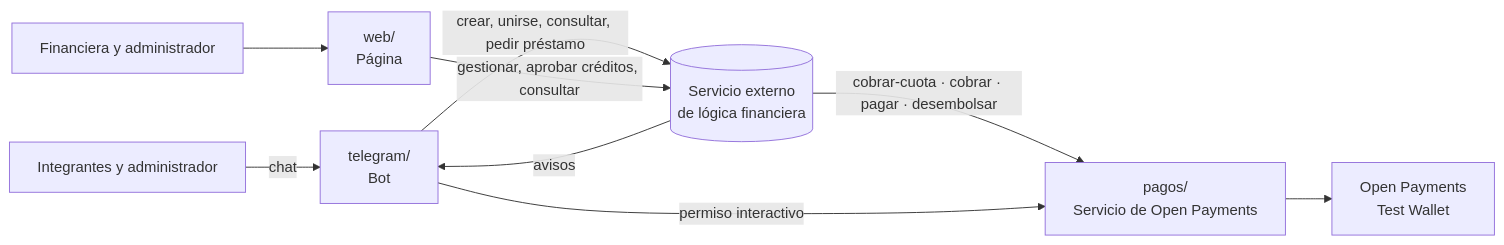
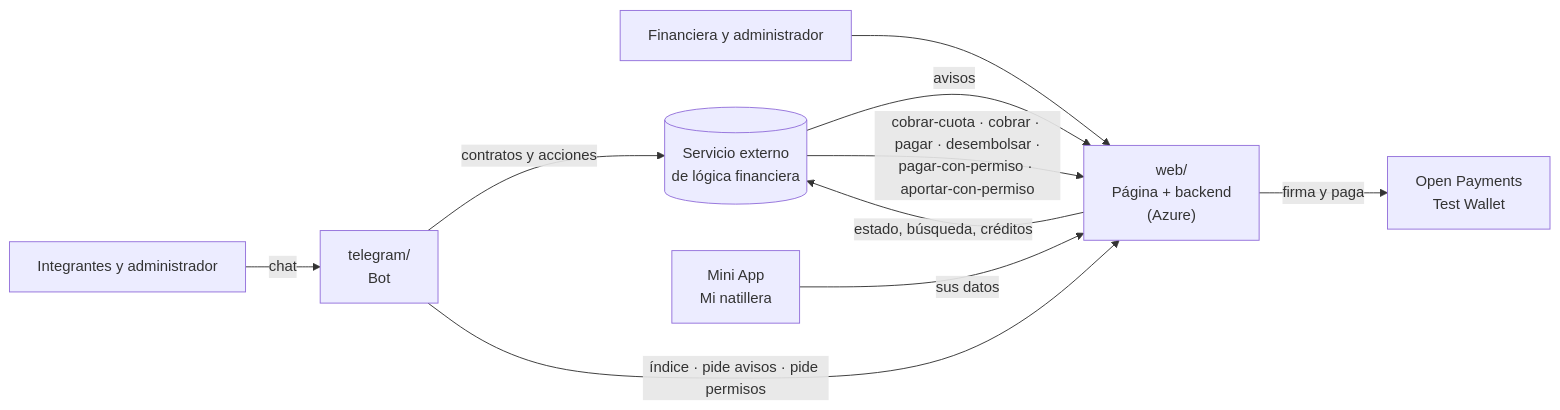
One commit to fintechfy-dev/openpayments-fintechfy changed the diagram in docs/plan-de-trabajo.md. Above: the diagram before and after it, drawn with Mermaid. The commit also changed other lines of this file and 10 other files, not shown here.

First line of the commit message:
#5: mapas con la 0.2.0, pagos de Open Payments en la web y avisos por la web

````diff
--- a/docs/plan-de-trabajo.md
+++ b/docs/plan-de-trabajo.md
@@ -11,11 +11,12 @@
 ```mermaid
 flowchart LR
   P["Integrantes y administrador"] -->|chat| BOT["telegram/<br/>Bot"]
-  F["Financiera y administrador"] --> WEB["web/<br/>Página"]
-  BOT -->|crear, unirse, consultar, pedir préstamo| EXT[("Servicio externo<br/>de lógica financiera")]
-  WEB -->|gestionar, aprobar créditos, consultar| EXT
-  EXT -->|avisos| BOT
-  EXT -->|cobrar-cuota · cobrar · pagar · desembolsar| PAGOS["pagos/<br/>Servicio de Open Payments"]
-  BOT -->|permiso interactivo| PAGOS
-  PAGOS --> OP["Open Payments<br/>Test Wallet"]
+  F["Financiera y administrador"] --> WEB["web/<br/>Página + backend<br/>(Azure)"]
+  BOT -->|contratos y acciones| EXT[("Servicio externo<br/>de lógica financiera")]
+  WEB -->|estado, búsqueda, créditos| EXT
+  EXT -->|avisos| WEB
+  BOT -->|índice · pide avisos · pide permisos| WEB
+  MA["Mini App<br/>Mi natillera"] -->|sus datos| WEB
+  EXT -->|cobrar-cuota · cobrar · pagar · desembolsar ·<br/>pagar-con-permiso · aportar-con-permiso| WEB
+  WEB -->|firma y paga| OP["Open Payments<br/>Test Wallet"]
 ```
````
